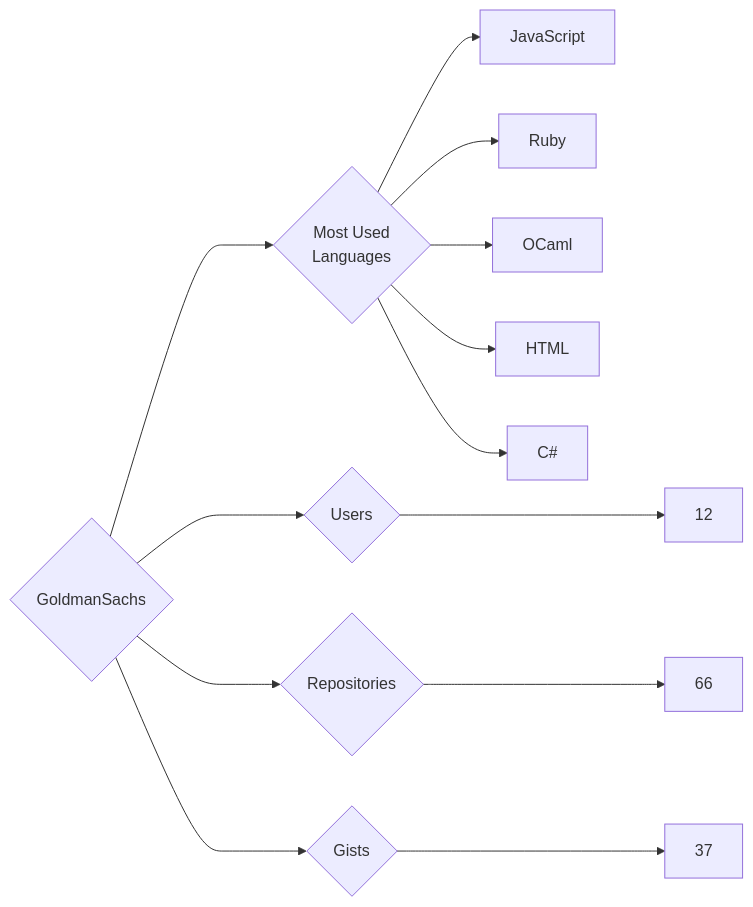
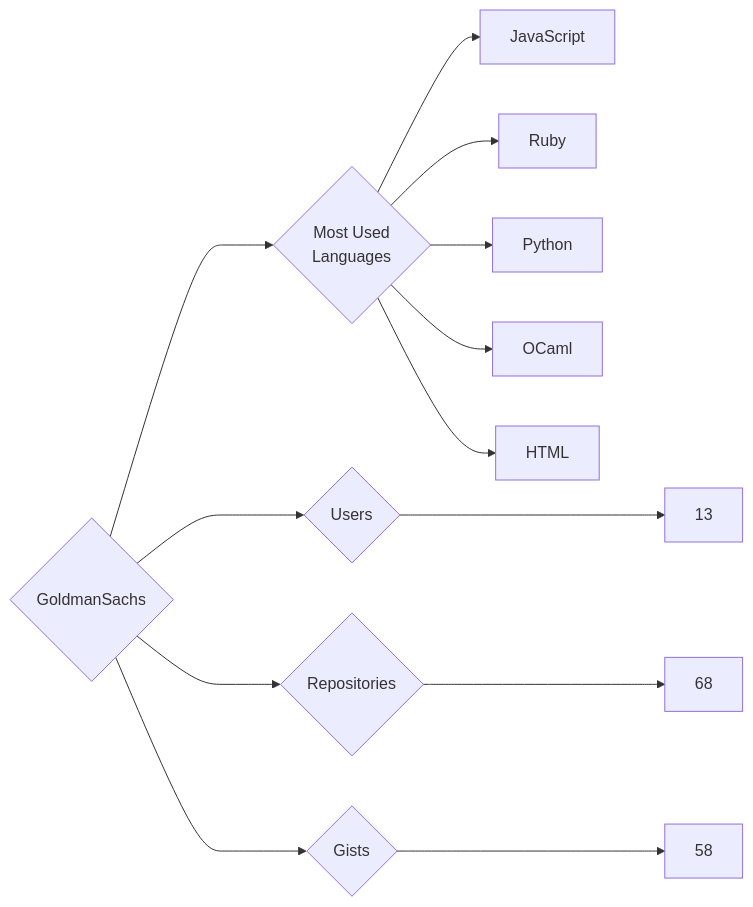
One commit to trickest/insiders changed the diagram in targets/GoldmanSachs/README.md. Above: the diagram before and after it, drawn with Mermaid. The commit also changed 693 other files, not shown here.

````diff
--- a/targets/GoldmanSachs/README.md
+++ b/targets/GoldmanSachs/README.md
@@ -3,13 +3,13 @@
 ```mermaid
 graph LR
 COMPANY_NAME{GoldmanSachs}
-COMPANY_NAME ---> U{Users} ---> UN[12]
-COMPANY_NAME ---> R{Repositories} ---> RN[66]
-COMPANY_NAME ---> G{Gists} ---> GN[37]
+COMPANY_NAME ---> U{Users} ---> UN[13]
+COMPANY_NAME ---> R{Repositories} ---> RN[68]
+COMPANY_NAME ---> G{Gists} ---> GN[58]
 COMPANY_NAME ---> ML{Most Used<br>Languages}
 ML --> JavaScript[JavaScript]
 ML --> Ruby[Ruby]
+ML --> Python[Python]
 ML --> OCaml[OCaml]
 ML --> HTML[HTML]
-ML --> C#[C#]
 ```
````
